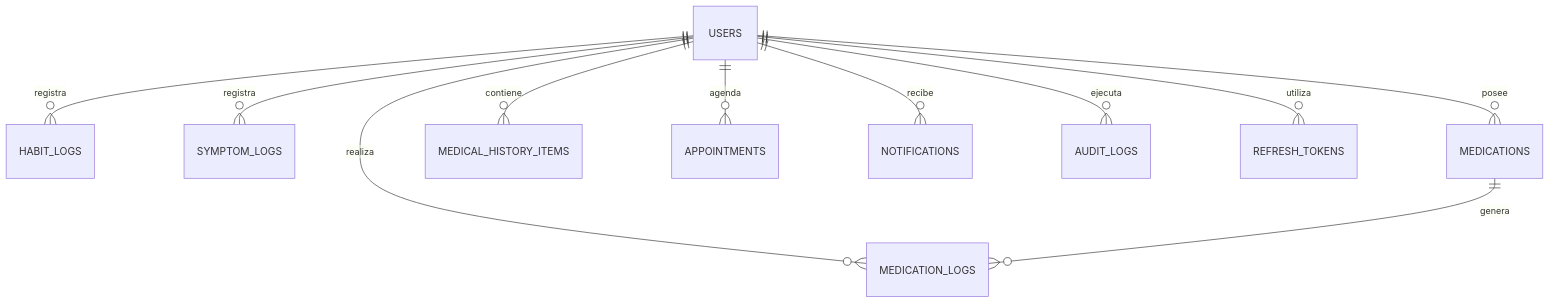
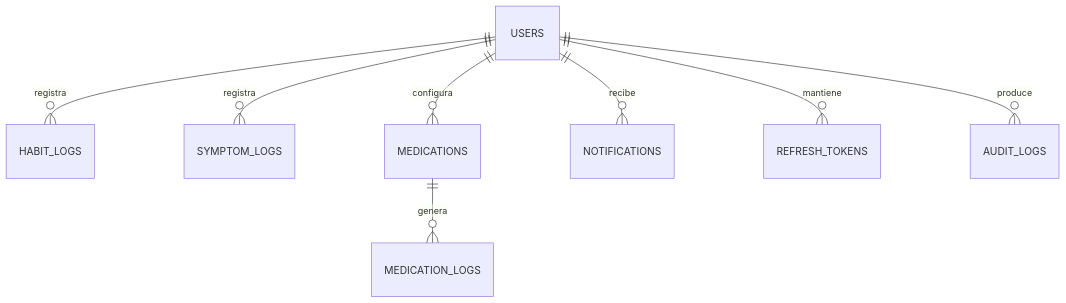
The first of 2 diagrams in docs/data-warehouse.md (KouDionicio/9A-IDGS-ECBD-VitalMind-), drawn with Mermaid before and after one commit. The commit also changed other lines of this file and 13 other files, not shown here.

````diff
--- a/docs/data-warehouse.md
+++ b/docs/data-warehouse.md
@@ -63,13 +65,10 @@
 ```mermaid
 erDiagram
     USERS ||--o{ HABIT_LOGS : registra
     USERS ||--o{ SYMPTOM_LOGS : registra
-    USERS ||--o{ MEDICATIONS : posee
-    USERS ||--o{ MEDICATION_LOGS : realiza
-    USERS ||--o{ MEDICAL_HISTORY_ITEMS : contiene
-    USERS ||--o{ APPOINTMENTS : agenda
+    USERS ||--o{ MEDICATIONS : configura
+    MEDICATIONS ||--o{ MEDICATION_LOGS : genera
     USERS ||--o{ NOTIFICATIONS : recibe
-    USERS ||--o{ AUDIT_LOGS : ejecuta
-    USERS ||--o{ REFRESH_TOKENS : utiliza
-    MEDICATIONS ||--o{ MEDICATION_LOGS : genera
+    USERS ||--o{ REFRESH_TOKENS : mantiene
+    USERS ||--o{ AUDIT_LOGS : produce
 ```
````
